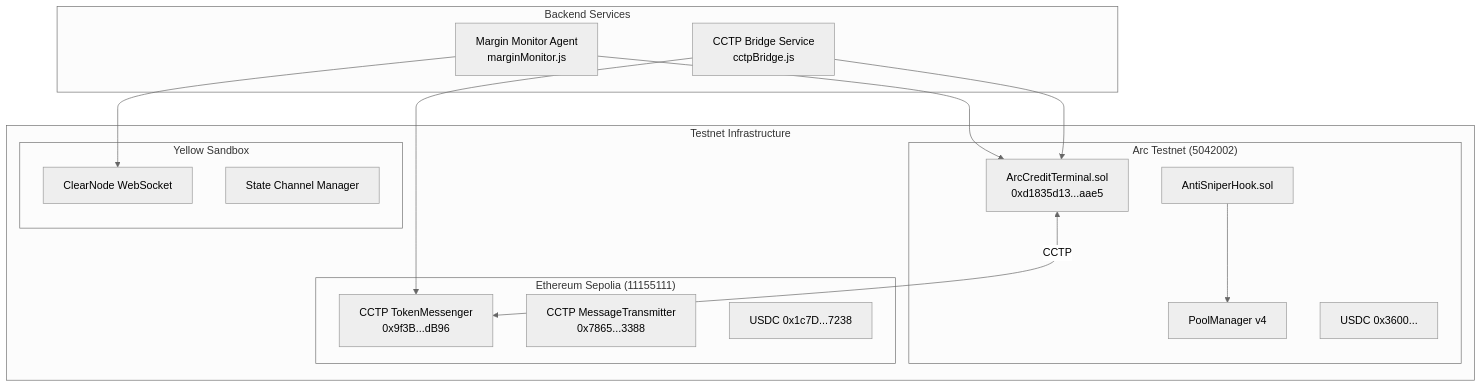
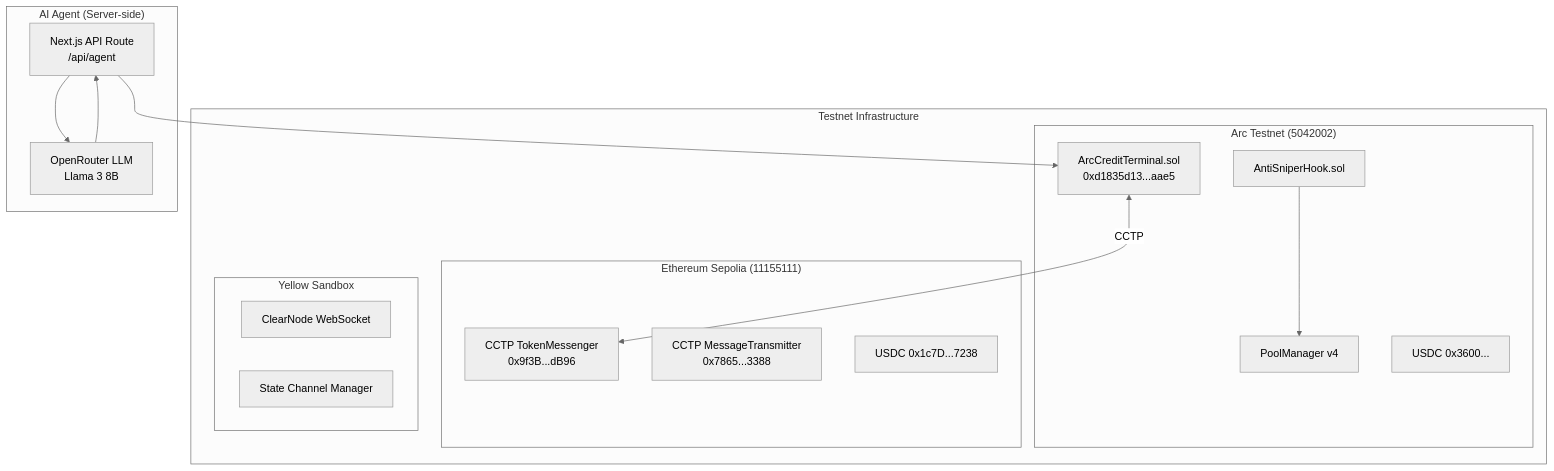
Before and after one commit to N-45div/HackMoney2026: the sixth of 11 diagrams in ARCHITECTURE.md, drawn with Mermaid (neutral theme). The commit also changed other lines of this file and 2 other files, not shown here.

First line of the commit message:
docs: update README and ARCHITECTURE with LLM agent flow and OpenRouter integration

````diff
--- a/ARCHITECTURE.md
+++ b/ARCHITECTURE.md
@@ -181,34 +208,33 @@
 ```mermaid
 graph TB
     subgraph "Testnet Infrastructure"
         subgraph "Arc Testnet (5042002)"
             A1[ArcCreditTerminal.sol<br/>0xd1835d13...aae5]
             A2[AntiSniperHook.sol]
             A3[PoolManager v4]
             A4[USDC 0x3600...]
         end
 
         subgraph "Ethereum Sepolia (11155111)"
             S1[CCTP TokenMessenger<br/>0x9f3B...dB96]
             S2[CCTP MessageTransmitter<br/>0x7865...3388]
             S3[USDC 0x1c7D...7238]
         end
 
         subgraph "Yellow Sandbox"
             Y1[ClearNode WebSocket]
             Y2[State Channel Manager]
         end
     end
 
-    subgraph "Backend Services"
-        B1[Margin Monitor Agent<br/>marginMonitor.js]
-        B2[CCTP Bridge Service<br/>cctpBridge.js]
+    subgraph "AI Agent (Server-side)"
+        B1[Next.js API Route<br/>/api/agent]
+        B3[OpenRouter LLM<br/>Llama 3 8B]
     end
 
     A1 <-->|CCTP| S1
     A2 --> A3
-    B1 --> Y1
+    B1 --> B3
+    B3 --> B1
     B1 --> A1
-    B2 --> S1
-    B2 --> A1
 ```
````
